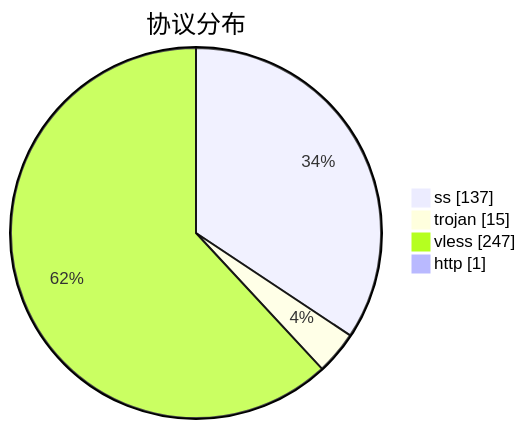
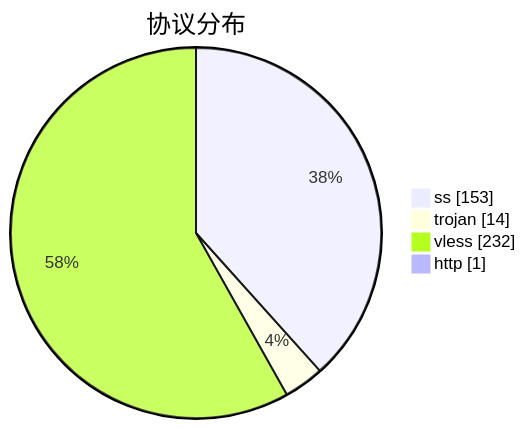
The third of 3 diagrams in subs/statistics/tested_within.md (qjlxg/airport), drawn with Mermaid before and after one commit. The commit also changed other lines of this file and 2 other files, not shown here.

````diff
--- a/subs/statistics/tested_within.md
+++ b/subs/statistics/tested_within.md
@@ -19,8 +20,8 @@
 ```mermaid
 pie showData
 title 协议分布
-"ss" : 137
-"trojan" : 15
-"vless" : 247
+"ss" : 153
+"trojan" : 14
+"vless" : 232
 "http" : 1
 ```
````
